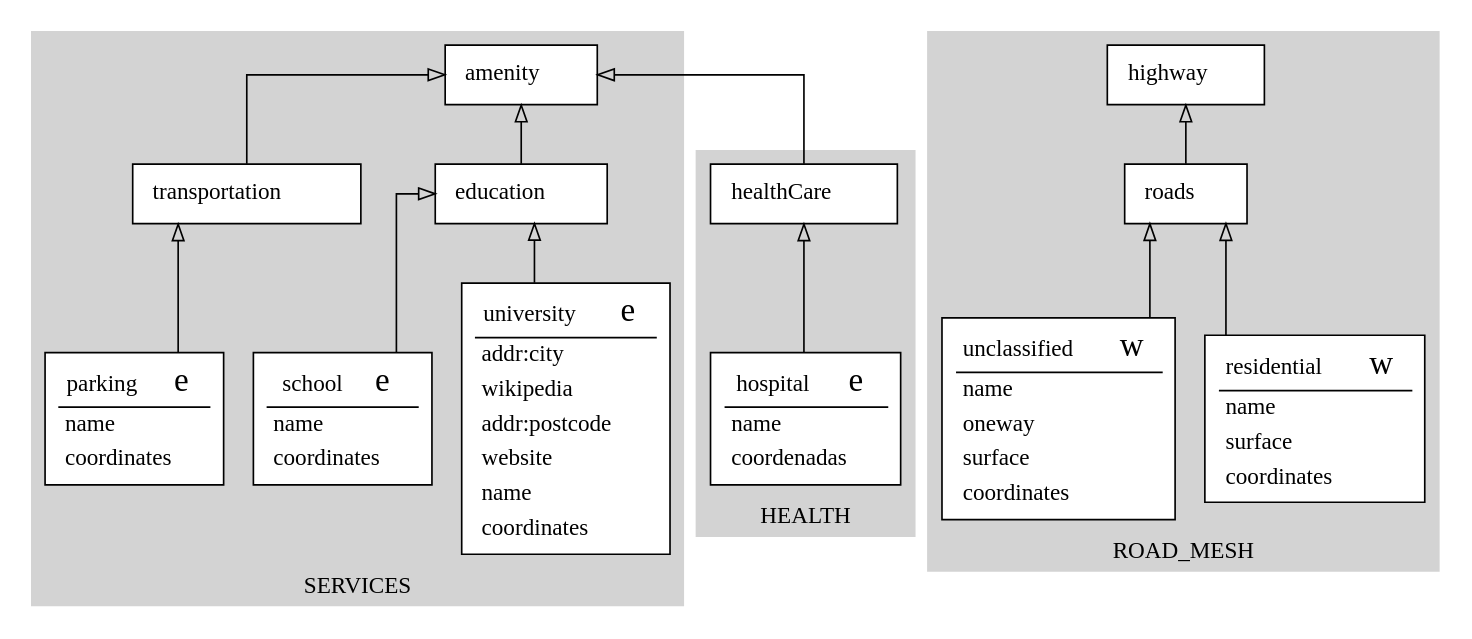
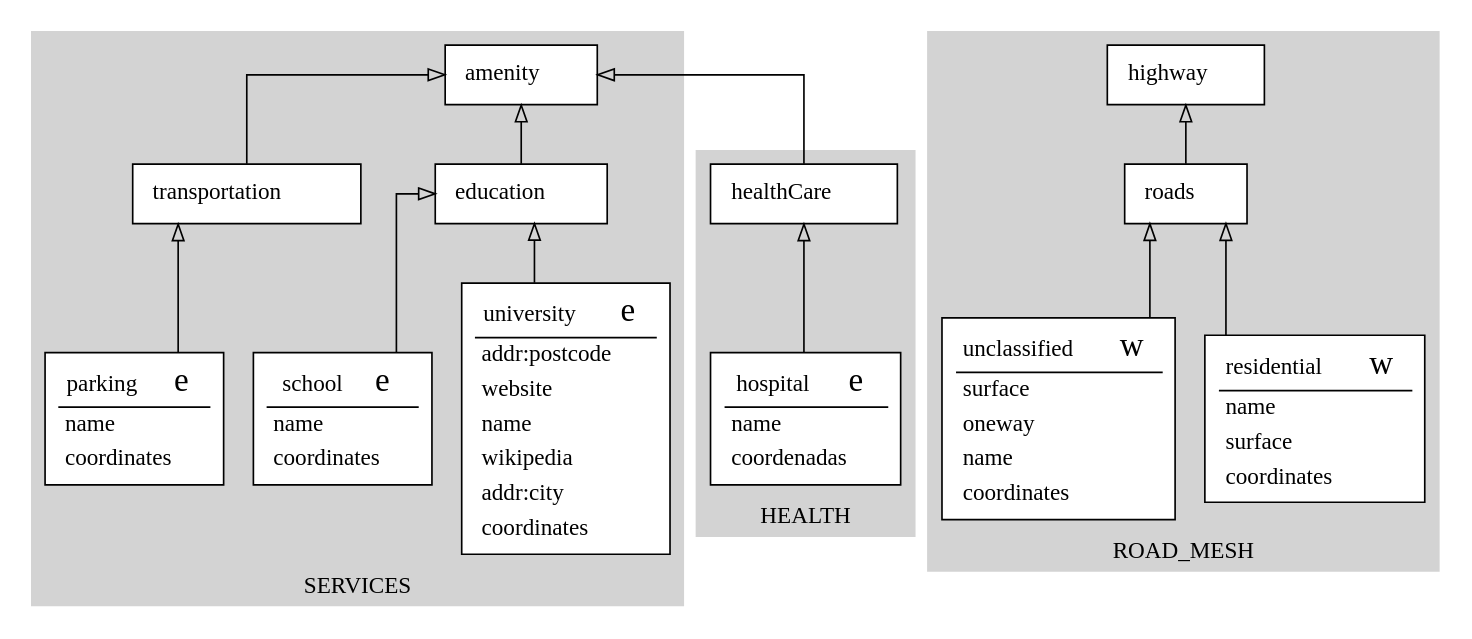
The diagram in schema.gv (vinisperandio/OSM2Diagram_optmizated), drawn with Graphviz before and after one commit. The commit also changed other lines of this file and 1 other file, not shown here.

```diff
--- a/schema.gv
+++ b/schema.gv
@@ -1,171 +1,171 @@
 digraph structs { 
 	node [shape=box]
 	subgraph cluster_SERVICES {
 		node [color=black style=filled]
 		color=lightgrey style=filled
 		label=SERVICES
 		0[style = "filled, bold" penwidth = "1" fillcolor="white" label=<
 			<TABLE color="black" border="0">
 			 <TR>
 				<TD align="center"><font color="black">university</font>  
 				<font FACE="sigmoda" POINT-SIZE="20.0"> e</font></TD>
 			</TR>
 			<hr/>
 			<TR>
-				<TD align="left">addr:city</TD>
-			 </TR>
-			<TR>
-				<TD align="left">wikipedia</TD>
-			 </TR>
-			<TR>
 				<TD align="left">addr:postcode</TD>
 			 </TR>
 			<TR>
 				<TD align="left">website</TD>
 			 </TR>
 			<TR>
 				<TD align="left">name</TD>
+			 </TR>
+			<TR>
+				<TD align="left">wikipedia</TD>
+			 </TR>
+			<TR>
+				<TD align="left">addr:city</TD>
 			 </TR>
 			<TR>
 				<TD align="left">coordinates</TD>
 			 </TR>
 			</TABLE>>]
 		1[style = "filled, bold" penwidth = "1" fillcolor="white" label=<
 			<TABLE color="black" border="0">
 			 <TR>
 				<TD align="center"><font color="black">amenity</font>  </TD>
 			</TR>
 			</TABLE>>]
 		2[style = "filled, bold" penwidth = "1" fillcolor="white" label=<
 			<TABLE color="black" border="0">
 			 <TR>
 				<TD align="center"><font color="black">school</font>  
 				<font FACE="sigmoda" POINT-SIZE="20.0"> e</font></TD>
 			</TR>
 			<hr/>
 			<TR>
 				<TD align="left">name</TD>
 			 </TR>
 			<TR>
 				<TD align="left">coordinates</TD>
 			 </TR>
 			</TABLE>>]
 		3[style = "filled, bold" penwidth = "1" fillcolor="white" label=<
 			<TABLE color="black" border="0">
 			 <TR>
 				<TD align="center"><font color="black">parking</font>  
 				<font FACE="sigmoda" POINT-SIZE="20.0"> e</font></TD>
 			</TR>
 			<hr/>
 			<TR>
 				<TD align="left">name</TD>
 			 </TR>
 			<TR>
 				<TD align="left">coordinates</TD>
 			 </TR>
 			</TABLE>>]
 		4[style = "filled, bold" penwidth = "1" fillcolor="white" label=<
 			<TABLE color="black" border="0">
 			 <TR>
 				<TD align="center"><font color="black">education</font>  </TD>
 			</TR>
 			</TABLE>>]
 		5[style = "filled, bold" penwidth = "1" fillcolor="white" label=<
 			<TABLE color="black" border="0">
 			 <TR>
 				<TD align="center"><font color="black">transportation</font>  </TD>
 			</TR>
 			</TABLE>>]
 	}
 	subgraph cluster_HEALTH {
 		node [color=black style=filled]
 		color=lightgrey style=filled
 		label=HEALTH
 		6[style = "filled, bold" penwidth = "1" fillcolor="white" label=<
 			<TABLE color="black" border="0">
 			 <TR>
 				<TD align="center"><font color="black">hospital</font>  
 				<font FACE="sigmoda" POINT-SIZE="20.0"> e</font></TD>
 			</TR>
 			<hr/>
 			<TR>
 				<TD align="left">name</TD>
 			 </TR>
 			<TR>
 				<TD align="left">coordenadas</TD>
 			 </TR>
 			</TABLE>>]
 		7[style = "filled, bold" penwidth = "1" fillcolor="white" label=<
 			<TABLE color="black" border="0">
 			 <TR>
 				<TD align="center"><font color="black">healthCare</font>  </TD>
 			</TR>
 			</TABLE>>]
 	}
 	subgraph cluster_ROAD_MESH {
 		node [color=black style=filled]
 		color=lightgrey style=filled
 		label=ROAD_MESH
 		8[style = "filled, bold" penwidth = "1" fillcolor="white" label=<
 			<TABLE color="black" border="0">
 			 <TR>
 				<TD align="center"><font color="black">residential</font>  
 				<font FACE="sigmoda" POINT-SIZE="20.0"> w</font></TD>
 			</TR>
 			<hr/>
 			<TR>
 				<TD align="left">name</TD>
 			 </TR>
 			<TR>
 				<TD align="left">surface</TD>
 			 </TR>
 			<TR>
 				<TD align="left">coordinates</TD>
 			 </TR>
 			</TABLE>>]
 		9[style = "filled, bold" penwidth = "1" fillcolor="white" label=<
 			<TABLE color="black" border="0">
 			 <TR>
 				<TD align="center"><font color="black">highway</font>  </TD>
 			</TR>
 			</TABLE>>]
 		10[style = "filled, bold" penwidth = "1" fillcolor="white" label=<
 			<TABLE color="black" border="0">
 			 <TR>
 				<TD align="center"><font color="black">unclassified</font>  
 				<font FACE="sigmoda" POINT-SIZE="20.0"> w</font></TD>
 			</TR>
 			<hr/>
 			<TR>
-				<TD align="left">name</TD>
+				<TD align="left">surface</TD>
 			 </TR>
 			<TR>
 				<TD align="left">oneway</TD>
 			 </TR>
 			<TR>
-				<TD align="left">surface</TD>
+				<TD align="left">name</TD>
 			 </TR>
 			<TR>
 				<TD align="left">coordinates</TD>
 			 </TR>
 			</TABLE>>]
 		11[style = "filled, bold" penwidth = "1" fillcolor="white" label=<
 			<TABLE color="black" border="0">
 			 <TR>
 				<TD align="center"><font color="black">roads</font>  </TD>
 			</TR>
 			</TABLE>>]
 	}
+		11 -> 9[arrowhead=onormal]
 		5 -> 1[arrowhead=onormal]
-		11 -> 9[arrowhead=onormal]
 		3 -> 5[arrowhead=onormal]
+		4 -> 1[arrowhead=onormal]
+		7 -> 1[arrowhead=onormal]
+		0 -> 4[arrowhead=onormal]
+		6 -> 7[arrowhead=onormal]
 		8 -> 11[arrowhead=onormal]
-		6 -> 7[arrowhead=onormal]
-		7 -> 1[arrowhead=onormal]
-		4 -> 1[arrowhead=onormal]
 		2 -> 4[arrowhead=onormal]
-		0 -> 4[arrowhead=onormal]
 		10 -> 11[arrowhead=onormal]
 	rankdir=BT
 	splines=ortho
 }
```
